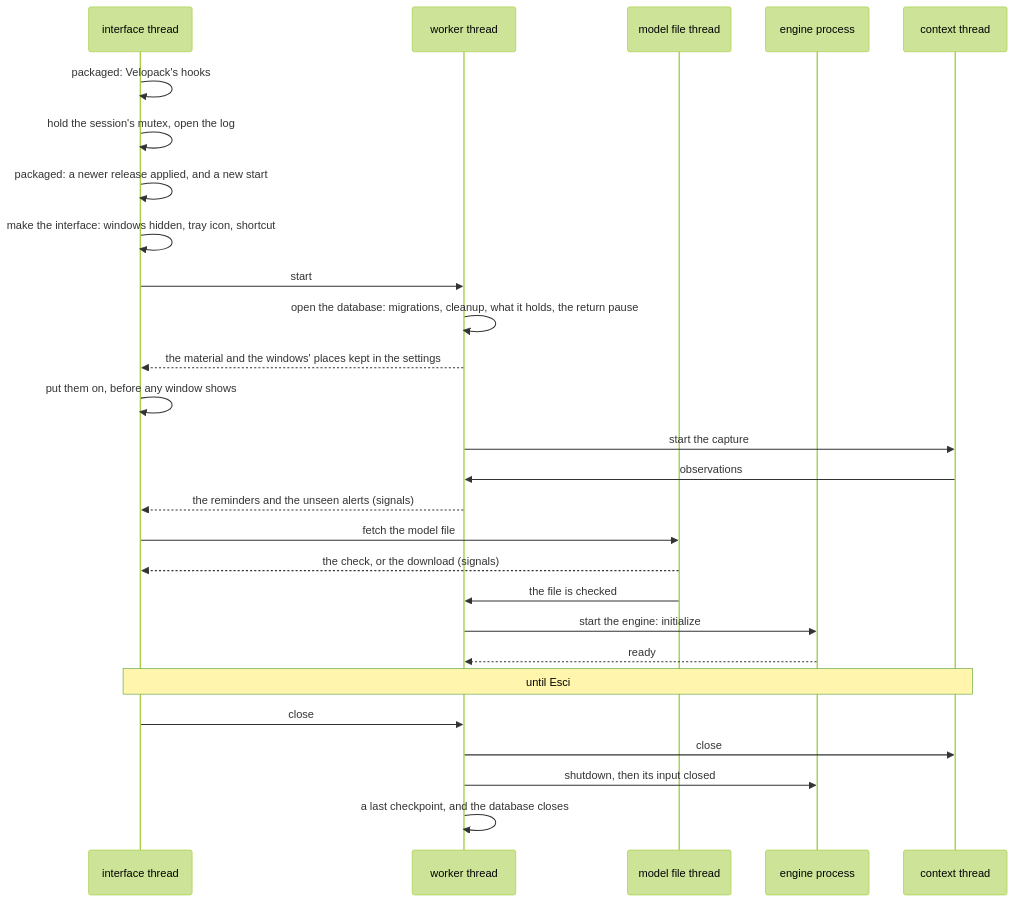
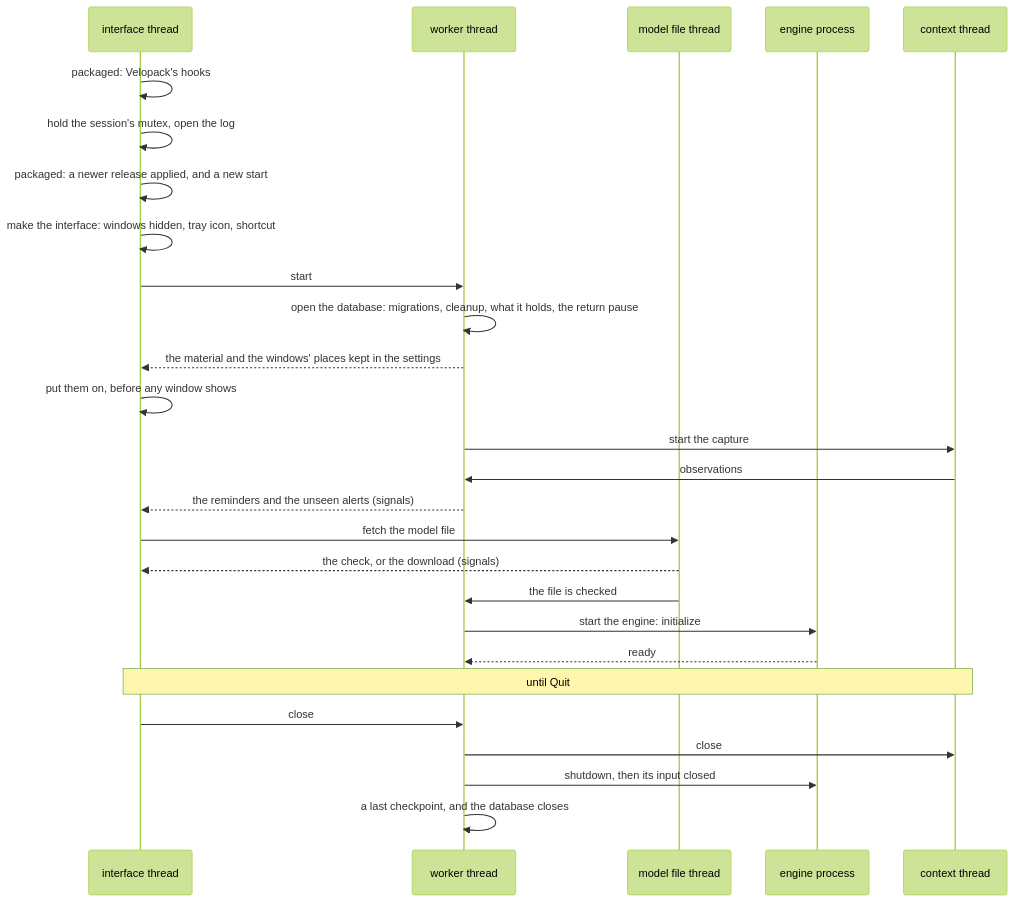
Before and after one commit to devfrx/jiffin: the second of 2 diagrams in docs/design/architecture.md, drawn with Mermaid (forest theme). The commit also changed other lines of this file and 70 other files, not shown here.

````diff
--- a/docs/design/architecture.md
+++ b/docs/design/architecture.md
@@ -85,30 +85,30 @@
 ```mermaid
 sequenceDiagram
     participant I as interface thread
     participant W as worker thread
     participant M as model file thread
     participant E as engine process
     participant C as context thread
 
     I->>I: packaged: Velopack's hooks
     I->>I: hold the session's mutex, open the log
     I->>I: packaged: a newer release applied, and a new start
     I->>I: make the interface: windows hidden, tray icon, shortcut
     I->>W: start
     W->>W: open the database: migrations, cleanup, what it holds, the return pause
     W-->>I: the material and the windows' places kept in the settings
     I->>I: put them on, before any window shows
     W->>C: start the capture
     C->>W: observations
     W-->>I: the reminders and the unseen alerts (signals)
     I->>M: fetch the model file
     M-->>I: the check, or the download (signals)
     M->>W: the file is checked
     W->>E: start the engine: initialize
     E-->>W: ready
-    Note over I,C: until Esci
+    Note over I,C: until Quit
     I->>W: close
     W->>C: close
     W->>E: shutdown, then its input closed
     W->>W: a last checkpoint, and the database closes
 ```
````
